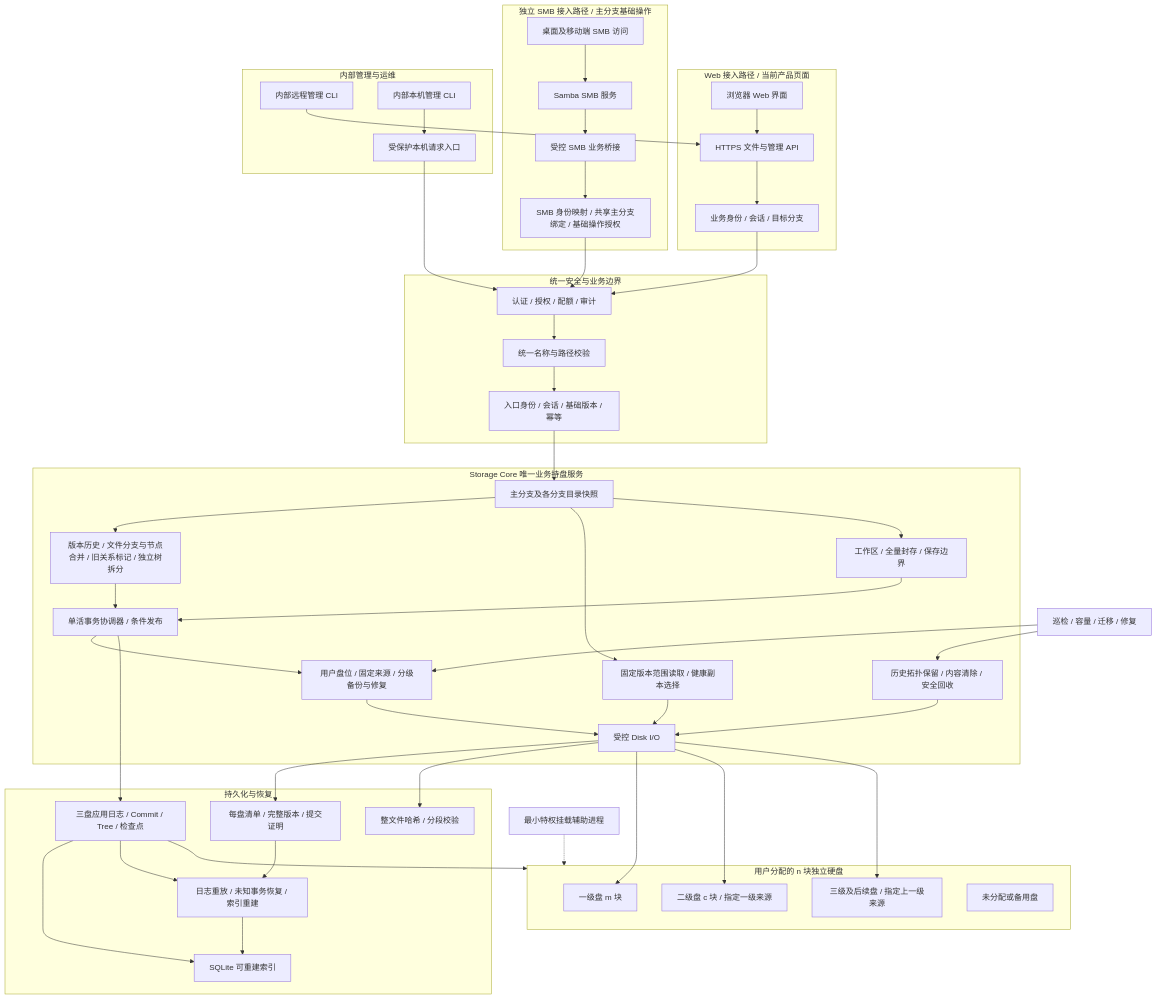
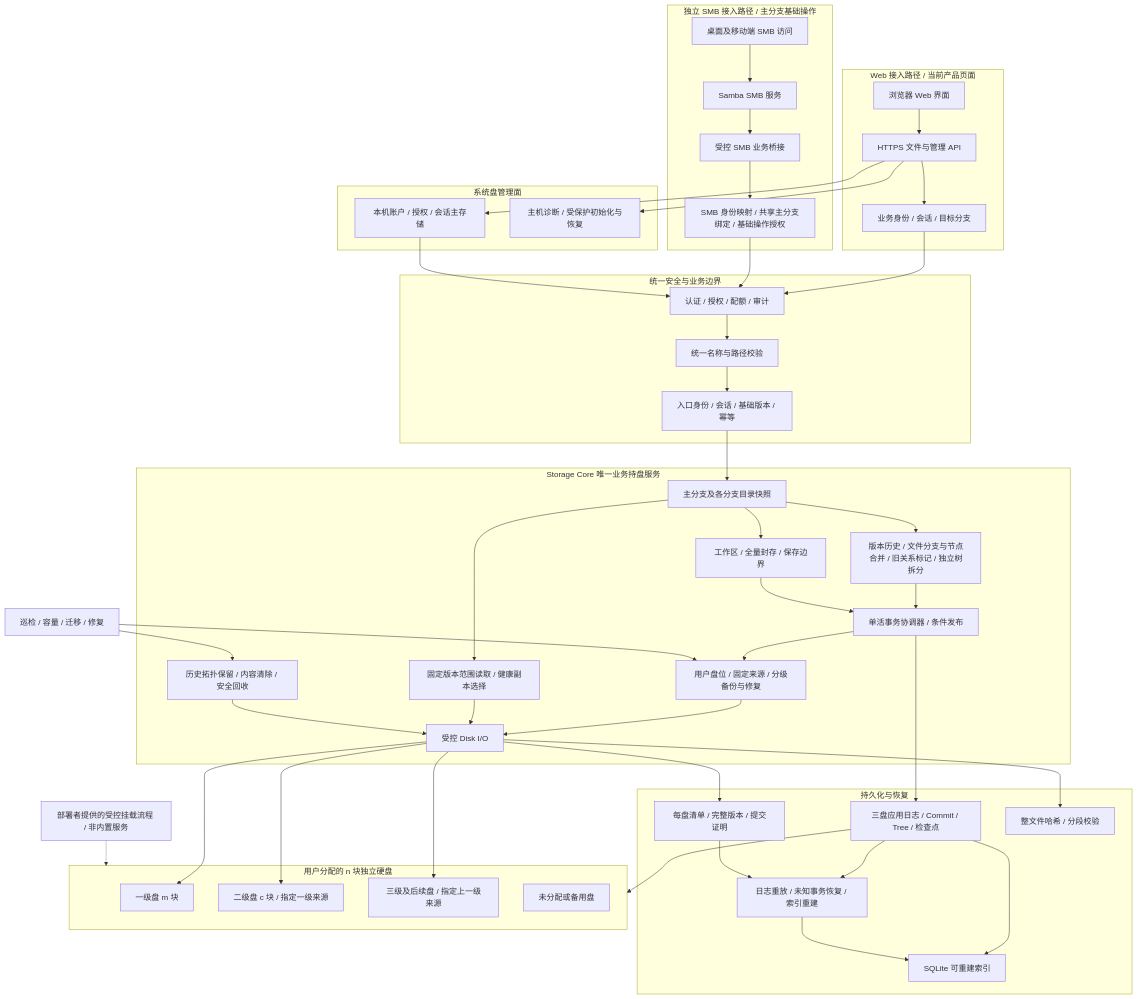
One commit to isarmg/xcs changed the diagram in docs/03-architecture.md. Above: the diagram before and after it, drawn with Mermaid. The commit also changed other lines of this file and 111 other files, not shown here.

Commit message:
Separate resilient Web management from storage and replace legacy admin CLI

````diff
--- a/docs/03-architecture.md
+++ b/docs/03-architecture.md
@@ -19,82 +19,81 @@
 ```mermaid
 flowchart TB
     subgraph WEB_ACCESS[Web 接入路径 / 当前产品页面]
         WEB[浏览器 Web 界面]
         API[HTTPS 文件与管理 API]
         AAUTH[业务身份 / 会话 / 目标分支]
         WEB --> API
         API --> AAUTH
     end
 
     subgraph SMB_ACCESS[独立 SMB 接入路径 / 主分支基础操作]
         SACCESS[桌面及移动端 SMB 访问]
         SAMBA[Samba SMB 服务]
         SBRIDGE[受控 SMB 业务桥接]
         SAUTH[SMB 身份映射 / 共享主分支绑定 / 基础操作授权]
         SACCESS --> SAMBA
         SAMBA --> SBRIDGE
         SBRIDGE --> SAUTH
     end
 
-    subgraph MANAGEMENT[内部管理与运维]
-        CLI[内部远程管理 CLI]
-        LCLI[内部本机管理 CLI]
-        IPC[受保护本机请求入口]
-        LCLI --> IPC
+    subgraph MANAGEMENT[系统盘管理面]
+        PRIMARY[本机账户 / 授权 / 会话主存储]
+        HOST[主机诊断 / 受保护初始化与恢复]
     end
-    CLI --> API
+    API --> PRIMARY
+    API --> HOST
 
     subgraph C[统一安全与业务边界]
         AUTH[认证 / 授权 / 配额 / 审计]
         NAME[统一名称与路径校验]
         SESS[入口身份 / 会话 / 基础版本 / 幂等]
     end
     AAUTH --> AUTH
     SAUTH --> AUTH
-    IPC --> AUTH
+    PRIMARY --> AUTH
     AUTH --> NAME --> SESS
     subgraph DCORE[Storage Core 唯一业务持盘服务]
         NS[主分支及各分支目录快照]
         HIST[版本历史 / 文件分支与节点合并 / 旧关系标记 / 独立树拆分]
         READ[固定版本范围读取 / 健康副本选择]
         WORK[工作区 / 全量封存 / 保存边界]
         TX[单活事务协调器 / 条件发布]
         REP[用户盘位 / 固定来源 / 分级备份与修复]
         GC[历史拓扑保留 / 内容清除 / 安全回收]
         IO[受控 Disk I/O]
     end
     SESS --> NS
     NS --> HIST
     NS --> READ
     NS --> WORK
     HIST --> TX
     WORK --> TX
     TX --> REP --> IO
     READ --> IO
     GC --> IO
     subgraph E[持久化与恢复]
         LOG[三盘应用日志 / Commit / Tree / 检查点]
         IDX[SQLite 可重建索引]
         MAN[每盘清单 / 完整版本 / 提交证明]
         CHECK[整文件哈希 / 分段校验]
         REC[日志重放 / 未知事务恢复 / 索引重建]
     end
     TX --> LOG --> IDX
     IO --> MAN
     IO --> CHECK
     LOG --> REC
     MAN --> REC --> IDX
     subgraph DISKS[用户分配的 n 块独立硬盘]
         P[一级盘 m 块]
         B2[二级盘 c 块 / 指定一级来源]
         B3[三级及后续盘 / 指定上一级来源]
         SP[未分配或备用盘]
     end
     IO --> P
     IO --> B2
     IO --> B3
     LOG --> DISKS
-    HELPER[最小特权挂载辅助进程] -.-> DISKS
+    HELPER[部署者提供的受控挂载流程 / 非内置服务] -.-> DISKS
     MAINT[巡检 / 容量 / 迁移 / 修复] --> REP
     MAINT --> GC
 ```
````
